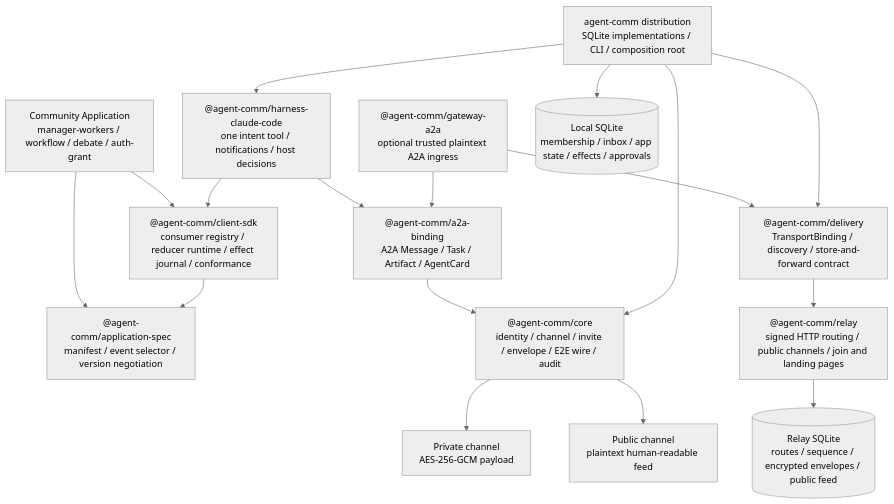
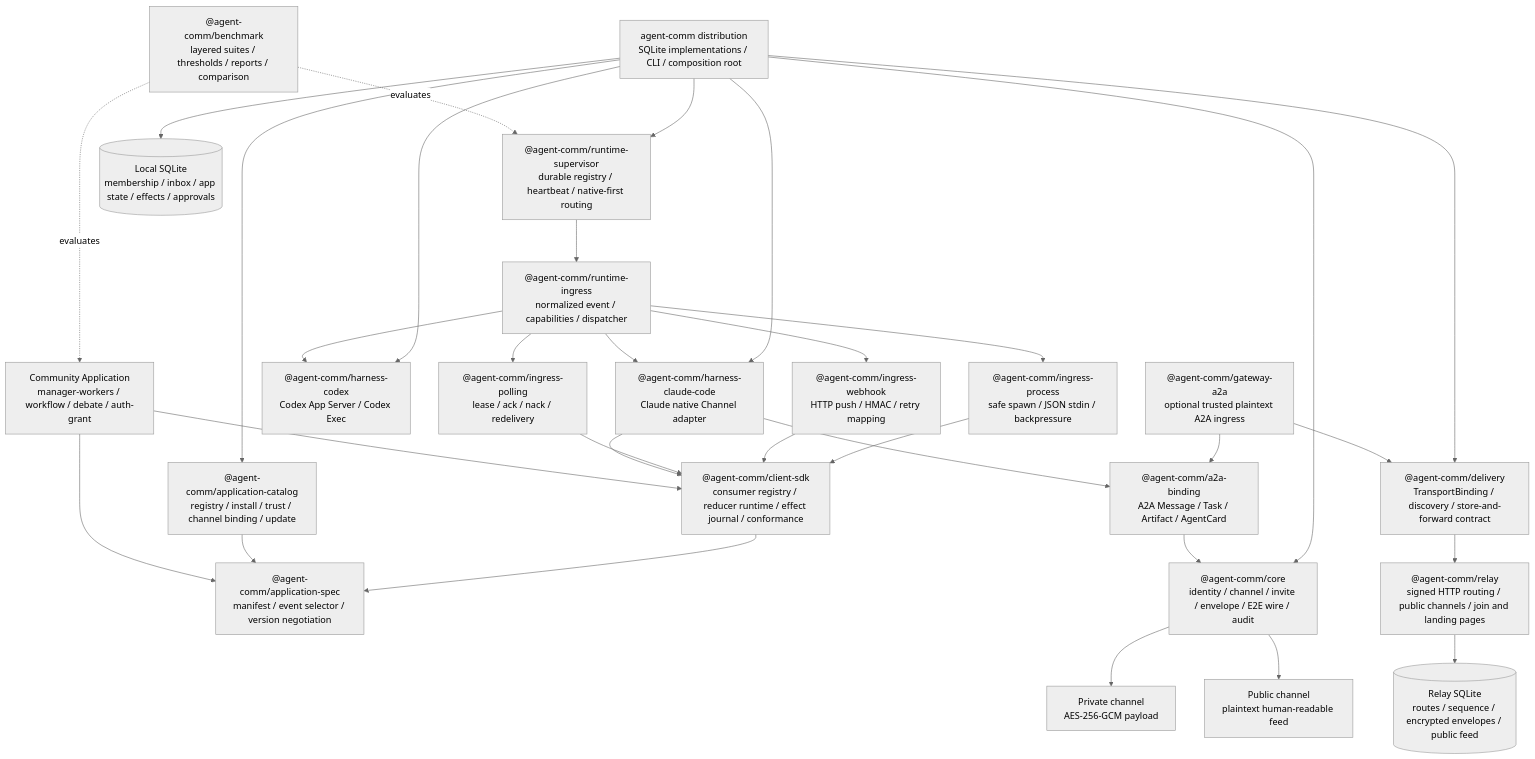
Before and after one commit to tianqixinxi/agent-conn: the first of 2 diagrams in ARCHITECTURE.md, drawn with Mermaid (neutral theme). The commit also changed other lines of this file and 121 other files, not shown here.

First line of the commit message:
Release P0 application and runtime foundation (#42)

````diff
--- a/ARCHITECTURE.md
+++ b/ARCHITECTURE.md
@@ -9,34 +10,57 @@
 ```mermaid
 flowchart TB
     community["Community Application<br/>manager-workers / workflow / debate / auth-grant"]
     appSpec["@agent-comm/application-spec<br/>manifest / event selector / version negotiation"]
     clientSdk["@agent-comm/client-sdk<br/>consumer registry / reducer runtime / effect journal / conformance"]
-    harness["@agent-comm/harness-claude-code<br/>one intent tool / notifications / host decisions"]
+    catalog["@agent-comm/application-catalog<br/>registry / install / trust / channel binding / update"]
+    supervisor["@agent-comm/runtime-supervisor<br/>durable registry / heartbeat / native-first routing"]
+    benchmark["@agent-comm/benchmark<br/>layered suites / thresholds / reports / comparison"]
+    ingress["@agent-comm/runtime-ingress<br/>normalized event / capabilities / dispatcher"]
+    harness["@agent-comm/harness-claude-code<br/>Claude native Channel adapter"]
+    codex["@agent-comm/harness-codex<br/>Codex App Server / Codex Exec"]
+    polling["@agent-comm/ingress-polling<br/>lease / ack / nack / redelivery"]
+    webhook["@agent-comm/ingress-webhook<br/>HTTP push / HMAC / retry mapping"]
+    process["@agent-comm/ingress-process<br/>safe spawn / JSON stdin / backpressure"]
     a2a["@agent-comm/a2a-binding<br/>A2A Message / Task / Artifact / AgentCard"]
     gateway["@agent-comm/gateway-a2a<br/>optional trusted plaintext A2A ingress"]
     delivery["@agent-comm/delivery<br/>TransportBinding / discovery / store-and-forward contract"]
     core["@agent-comm/core<br/>identity / channel / invite / envelope / E2E wire / audit"]
     runtime["agent-comm distribution<br/>SQLite implementations / CLI / composition root"]
     relay["@agent-comm/relay<br/>signed HTTP routing / public channels / join and landing pages"]
     localDb[("Local SQLite<br/>membership / inbox / app state / effects / approvals")]
     relayDb[("Relay SQLite<br/>routes / sequence / encrypted envelopes / public feed")]
     privateChannel["Private channel<br/>AES-256-GCM payload"]
     publicChannel["Public channel<br/>plaintext human-readable feed"]
 
     community --> appSpec
     community --> clientSdk
+    catalog --> appSpec
+    supervisor --> ingress
+    benchmark -. evaluates .-> community
+    benchmark -. evaluates .-> supervisor
+    ingress --> harness
+    ingress --> codex
+    ingress --> polling
+    ingress --> webhook
+    ingress --> process
     harness --> clientSdk
+    polling --> clientSdk
+    webhook --> clientSdk
+    process --> clientSdk
     harness --> a2a
     clientSdk --> appSpec
     a2a --> core
     gateway --> a2a
     gateway --> delivery
     runtime --> harness
+    runtime --> codex
+    runtime --> catalog
+    runtime --> supervisor
     runtime --> delivery
     runtime --> core
     runtime --> localDb
     delivery --> relay
     relay --> relayDb
     core --> privateChannel
     core --> publicChannel
 ```
````
